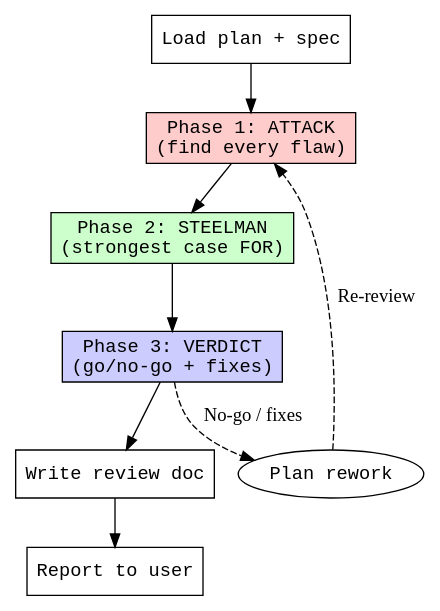
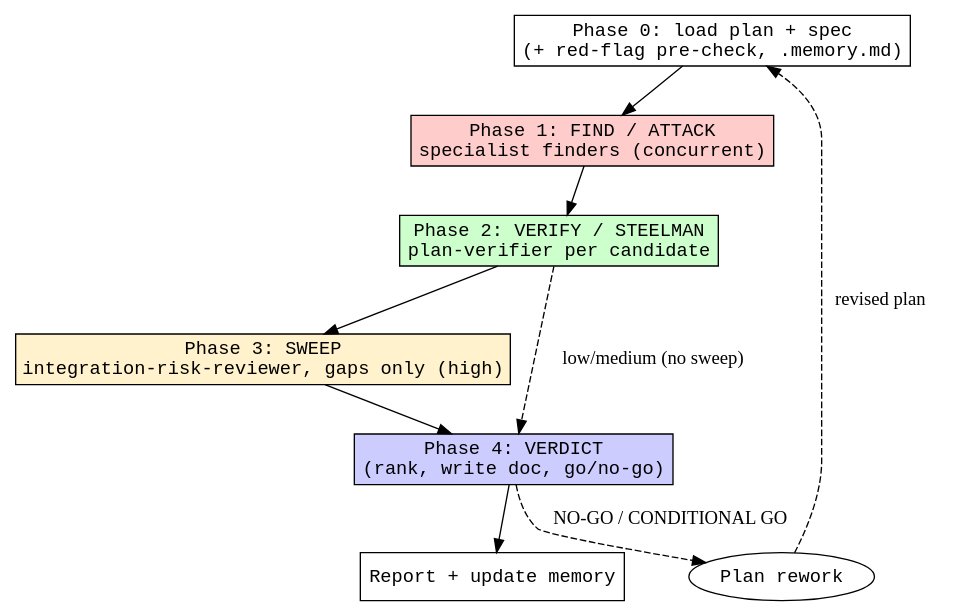
Before and after one commit to rakilabs/Skills: the diagram in skills/reviewing-plans/SKILL.md, drawn with Graphviz. The commit also changed other lines of this file and 25 other files, not shown here.

First line of the commit message:
feat: upgrade review skills to multi-agent; add effort dials, safety, memory

````diff
--- a/skills/reviewing-plans/SKILL.md
+++ b/skills/reviewing-plans/SKILL.md
@@ -24,18 +56,19 @@
 ```dot
 digraph reviewing_plans {
   rankdir=TB;
   node [shape=box, fontname="monospace"];
 
-  Load [label="Load plan + spec"];
-  Attack [label="Phase 1: ATTACK\n(find every flaw)", style=filled, fillcolor="#ffcccc"];
-  Steelman [label="Phase 2: STEELMAN\n(strongest case FOR)", style=filled, fillcolor="#ccffcc"];
-  Verdict [label="Phase 3: VERDICT\n(go/no-go + fixes)", style=filled, fillcolor="#ccccff"];
-  Write [label="Write review doc"];
-  Report [label="Report to user"];
+  Load   [label="Phase 0: load plan + spec\n(+ red-flag pre-check, .memory.md)"];
+  Find   [label="Phase 1: FIND / ATTACK\nspecialist finders (concurrent)", style=filled, fillcolor="#ffcccc"];
+  Verify [label="Phase 2: VERIFY / STEELMAN\nplan-verifier per candidate", style=filled, fillcolor="#ccffcc"];
+  Sweep  [label="Phase 3: SWEEP\nintegration-risk-reviewer, gaps only (high)", style=filled, fillcolor="#fff2cc"];
+  Verdict[label="Phase 4: VERDICT\n(rank, write doc, go/no-go)", style=filled, fillcolor="#ccccff"];
+  Report [label="Report + update memory"];
   Rework [label="Plan rework", shape=ellipse];
 
-  Load -> Attack -> Steelman -> Verdict -> Write -> Report;
-  Verdict -> Rework [label="No-go / fixes", style=dashed];
-  Rework -> Attack [label="Re-review", style=dashed];
+  Load -> Find -> Verify -> Sweep -> Verdict -> Report;
+  Verify -> Verdict [label="low/medium (no sweep)", style=dashed];
+  Verdict -> Rework  [label="NO-GO / CONDITIONAL GO", style=dashed];
+  Rework -> Load     [label="revised plan", style=dashed];
 }
 ```
````
